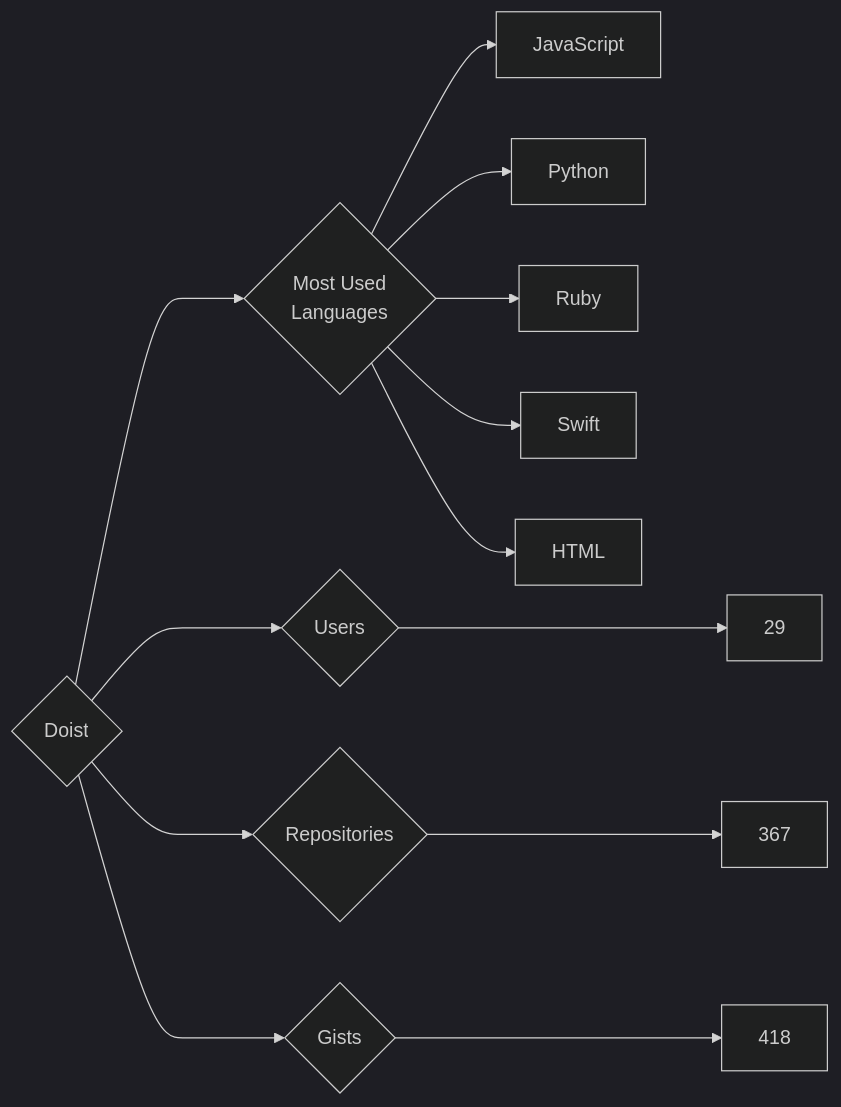
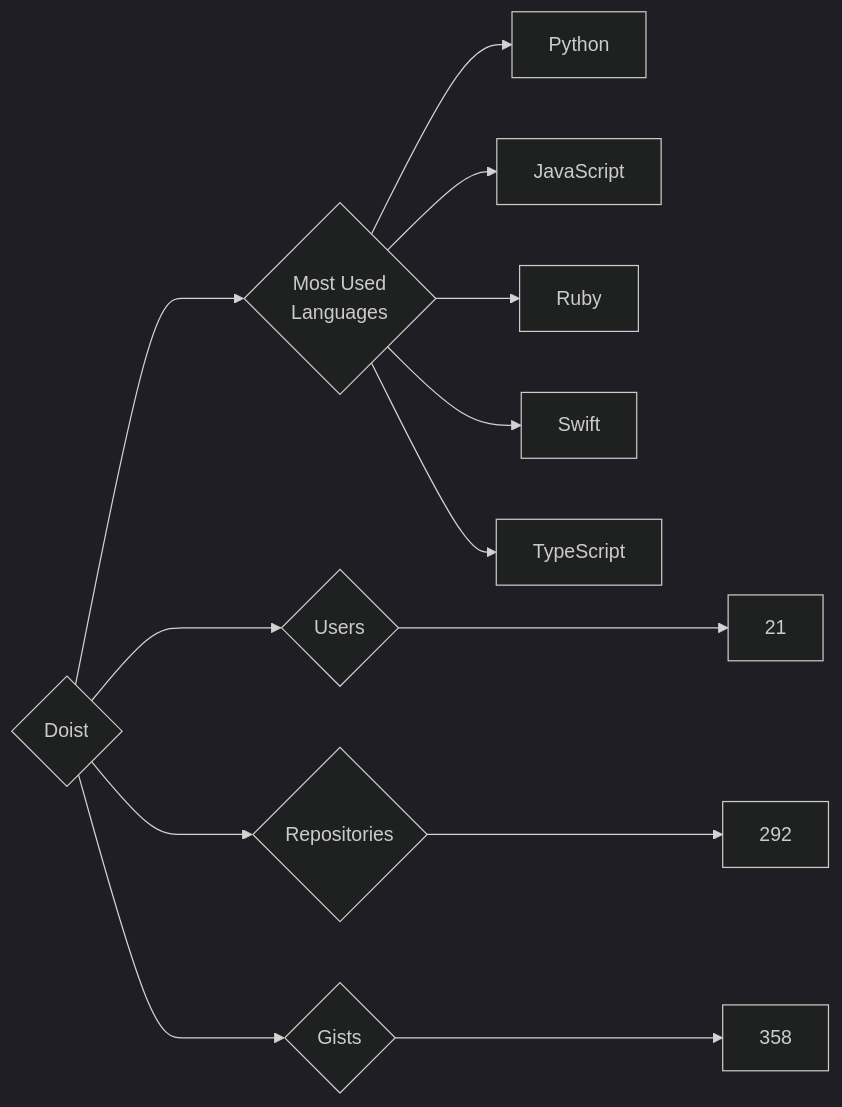
The diagram in targets/Doist/README.md (trickest/insiders), drawn with Mermaid (dark theme) before and after one commit. The commit also changed 900 other files, not shown here.

````diff
--- a/targets/Doist/README.md
+++ b/targets/Doist/README.md
@@ -3,13 +3,13 @@
 ```mermaid
 graph LR
 COMPANY_NAME{Doist}
-COMPANY_NAME ---> U{Users} ---> UN[29]
-COMPANY_NAME ---> R{Repositories} ---> RN[367]
-COMPANY_NAME ---> G{Gists} ---> GN[418]
+COMPANY_NAME ---> U{Users} ---> UN[21]
+COMPANY_NAME ---> R{Repositories} ---> RN[292]
+COMPANY_NAME ---> G{Gists} ---> GN[358]
 COMPANY_NAME ---> ML{Most Used<br>Languages}
+ML --> Python[Python]
 ML --> JavaScript[JavaScript]
-ML --> Python[Python]
 ML --> Ruby[Ruby]
 ML --> Swift[Swift]
-ML --> HTML[HTML]
+ML --> TypeScript[TypeScript]
 ```
````
